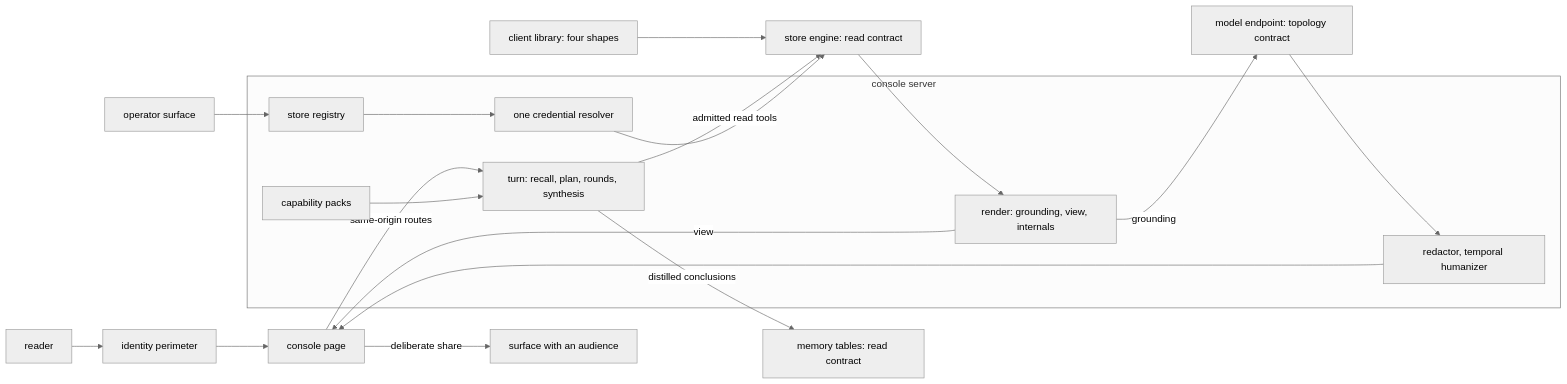
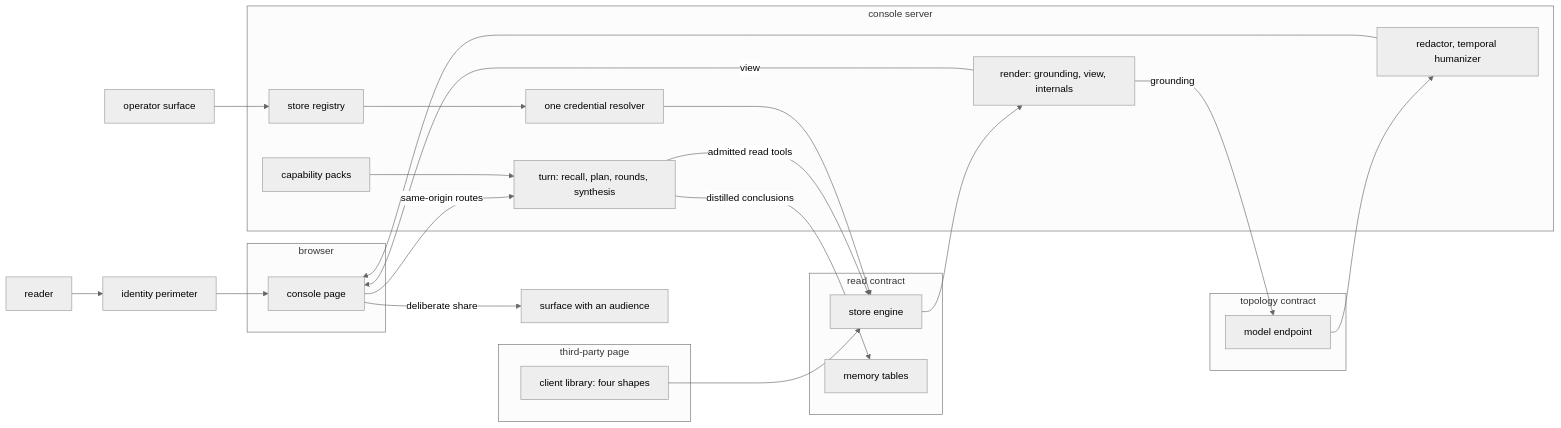
Before and after one commit to fractalboxdev/contextful: the first of 5 diagrams in spec/71-console.md, drawn with Mermaid (neutral theme). The commit also changed other lines of this file and 33 other files, not shown here.

Commit message:
spec: diagrams draw contracts, parties and trust zones as containers; a node standing for one is refused

````diff
--- a/spec/71-console.md
+++ b/spec/71-console.md
@@ -28,27 +28,40 @@
 ```mermaid
 flowchart LR
   RD["reader"] --> PER["identity perimeter"]
-  PER --> PAGE["console page"]
-  PAGE -- "same-origin routes" --> TURN
+  subgraph browser["browser"]
+    PAGE["console page"]
+  end
+  PER --> PAGE
   subgraph server["console server"]
     REGY["store registry"]
     CRED["one credential resolver"]
     PACKS["capability packs"]
     TURN["turn: recall, plan, rounds, synthesis"]
     CH["render: grounding, view, internals"]
     RED["redactor, temporal humanizer"]
   end
+  subgraph read["read contract"]
+    STORE["store engine"]
+    MEM["memory tables"]
+  end
+  subgraph topology["topology contract"]
+    MODEL["model endpoint"]
+  end
+  subgraph thirdparty["third-party page"]
+    LIB["client library: four shapes"]
+  end
+  PAGE -- "same-origin routes" --> TURN
   REGY --> CRED
   PACKS --> TURN
-  TURN -- "admitted read tools" --> STORE["store engine: read contract"]
+  TURN -- "admitted read tools" --> STORE
   CRED --> STORE
   STORE --> CH
-  CH -- "grounding" --> MODEL["model endpoint: topology contract"]
+  CH -- "grounding" --> MODEL
   MODEL --> RED
   RED --> PAGE
   CH -- "view" --> PAGE
-  TURN -- "distilled conclusions" --> MEM["memory tables: read contract"]
-  LIB["client library: four shapes"] --> STORE
+  TURN -- "distilled conclusions" --> MEM
+  LIB --> STORE
   OPS["operator surface"] --> REGY
   PAGE -- "deliberate share" --> AUD["surface with an audience"]
 ```
````
